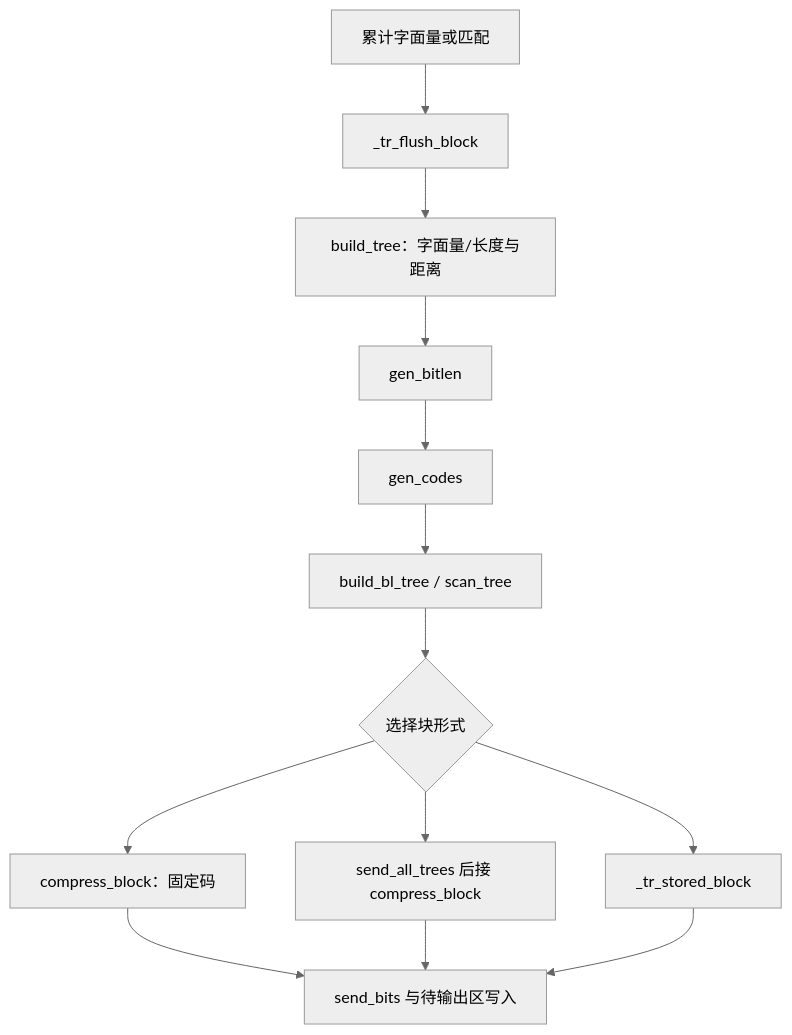
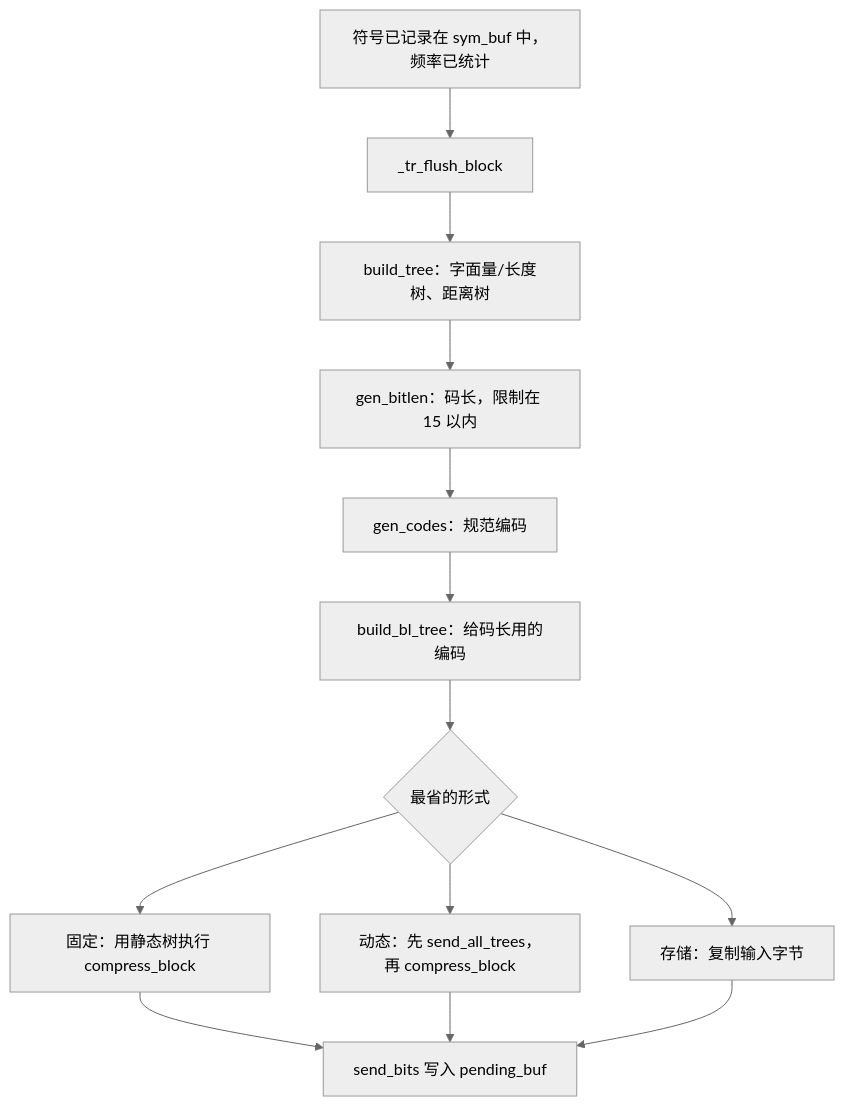
One commit to cla7aye15I4nd/oss-proof changed the diagram in docs/proof/trees.zh.md. Above: the diagram before and after it, drawn with Mermaid (neutral theme). The commit also changed other lines of this file and 7 other files, not shown here.

````diff
--- a/docs/proof/trees.zh.md
+++ b/docs/proof/trees.zh.md
@@ -31,15 +44,15 @@
 ```mermaid
 flowchart TD
-    Tally["累计字面量或匹配"] --> Flush["_tr_flush_block"]
-    Flush --> Trees["build_tree：字面量/长度与距离"]
-    Trees --> Lengths["gen_bitlen"]
-    Lengths --> Codes["gen_codes"]
-    Codes --> BitTree["build_bl_tree / scan_tree"]
-    BitTree --> Choose{"选择块形式"}
-    Choose --> Stored["_tr_stored_block"]
-    Choose --> Fixed["compress_block：固定码"]
-    Choose --> Dynamic["send_all_trees 后接 compress_block"]
-    Fixed --> Bits["send_bits 与待输出区写入"]
+    Tally["符号已记录在 sym_buf 中，频率已统计"] --> Flush["_tr_flush_block"]
+    Flush --> Trees["build_tree：字面量/长度树、距离树"]
+    Trees --> Lengths["gen_bitlen：码长，限制在 15 以内"]
+    Lengths --> Codes["gen_codes：规范编码"]
+    Codes --> BitTree["build_bl_tree：给码长用的编码"]
+    BitTree --> Choose{"最省的形式"}
+    Choose --> Stored["存储：复制输入字节"]
+    Choose --> Fixed["固定：用静态树执行 compress_block"]
+    Choose --> Dynamic["动态：先 send_all_trees，再 compress_block"]
+    Fixed --> Bits["send_bits 写入 pending_buf"]
     Dynamic --> Bits
     Stored --> Bits
 ```
````
